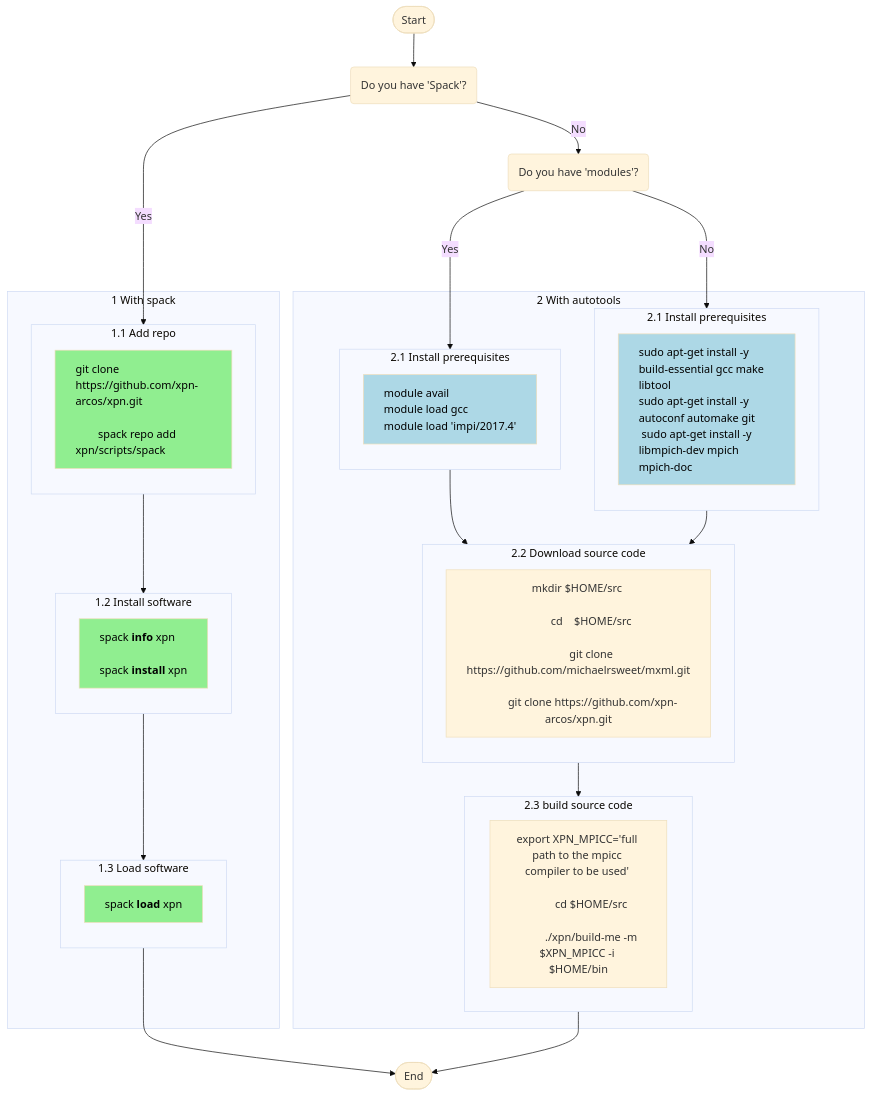
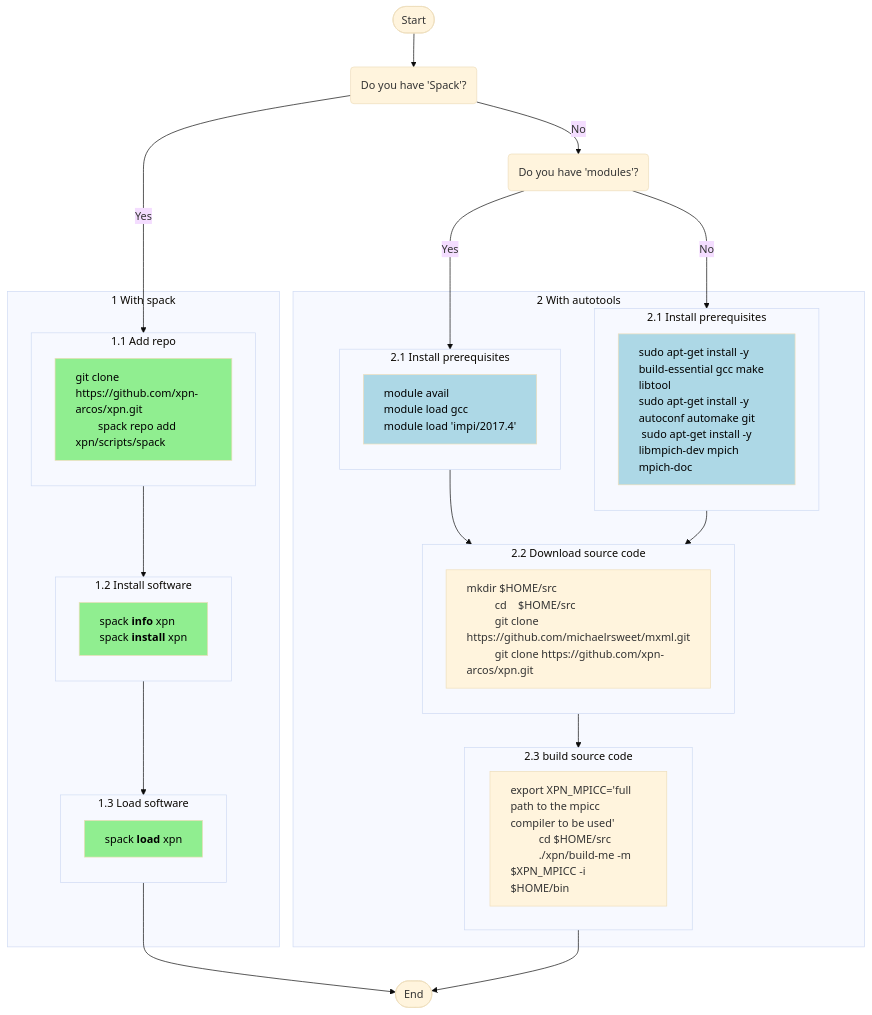
The first of 4 diagrams in README.md (xpn-arcos/xpn), drawn with Mermaid (base theme) before and after one commit. The commit also changed other lines of this file, not shown here.

````diff
--- a/README.md
+++ b/README.md
@@ -23,64 +23,66 @@
   ```mermaid
   %% {init: {"flowchart": {"defaultRenderer": "elk"}} }%%
   flowchart TD
     A([Start]) --> B("Do you have 'Spack'?")
     B -- Yes --> ide11
     B -- No --> Y1("Do you have 'modules'?")
 
     %% (1) with spack
     subgraph ide1 [1 With spack]
     subgraph ide11 [1.1 Add repo]
        direction TB
-       X1["git clone https://github.com/xpn-arcos/xpn.git </br>
+       X1["git clone https://github.com/xpn-arcos/xpn.git 
           spack repo add xpn/scripts/spack"]
     end
     subgraph ide12 [1.2 Install software]
        direction TB
-       X2["`spack **info** xpn &nbsp;&nbsp;</br>
-         spack **install** xpn`"]
+       X2["spack <b>info</b> xpn
+          spack <b>install</b> xpn"]
     end
     subgraph ide13 [1.3 Load software]
        direction TB
-       X3["`spack **load** xpn`"]
+       X3["spack <b>load</b> xpn"]
     end
     classDef lt text-align:left,fill:lightgreen,color:black; 
     class X1,X2,X3 lt;
     ide11 --> ide12
     ide12 --> ide13
     end
     ide13 --> I([End])
 
     Y1-- Yes --> ide21a
     Y1-- No ---> ide21b
     subgraph ide2 [2 With autotools]
     subgraph ide21a [2.1 Install prerequisites]
        direction TB
        Y1A["module avail <br> module load gcc<br> module load 'impi/2017.4'"]
     end
     subgraph ide21b [2.1 Install prerequisites]
        direction TB
        Y1B["sudo apt-get install -y build-essential gcc make libtool<br>sudo apt-get install -y autoconf automake git<br> sudo apt-get install -y libmpich-dev mpich mpich-doc"]
     end
     subgraph ide22 [2.2 Download source code]
        direction TB
-       Y2B["mkdir $HOME/src </br>
-            cd    $HOME/src </br>
-            git clone https://github.com/michaelrsweet/mxml.git<br>
+       Y2B["mkdir $HOME/src 
+            cd    $HOME/src 
+            git clone https://github.com/michaelrsweet/mxml.git
             git clone https://github.com/xpn-arcos/xpn.git"]
     end
     subgraph ide23 ["2.3 build source code"]
        direction LR
-       Y3B["export XPN_MPICC='full path to the mpicc compiler to be used' <br>
-            cd $HOME/src <br>
+       Y3B["export XPN_MPICC='full path to the mpicc compiler to be used' 
+            cd $HOME/src 
             ./xpn/build-me -m $XPN_MPICC -i $HOME/bin"]
     end
     ide21a --> ide22
     ide21b --> ide22
     ide22 --> ide23
 
     classDef lt2 text-align:left,fill:lightblue,color:black;
     class Y1A,Y1B lt2;
+    classDef lt3 text-align:left;
+    class Y2B,Y3B lt3;
     end
 
     Y3B --> I([End])
   ```
````
